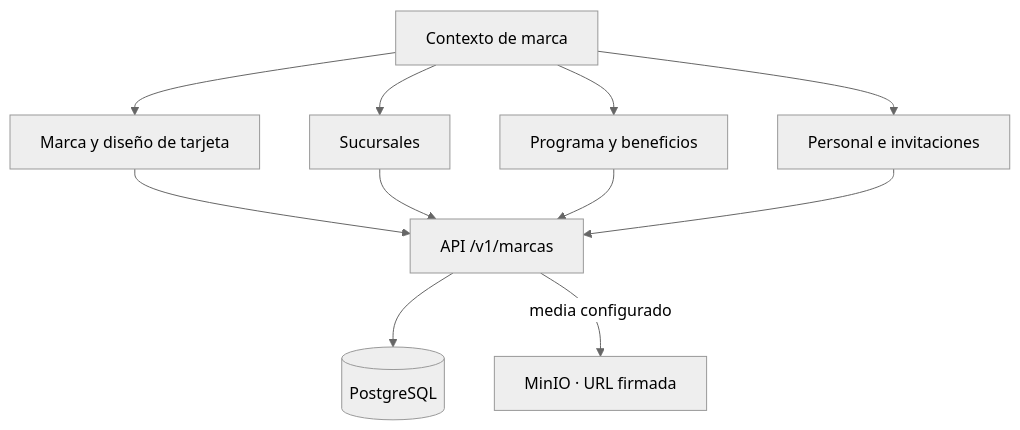
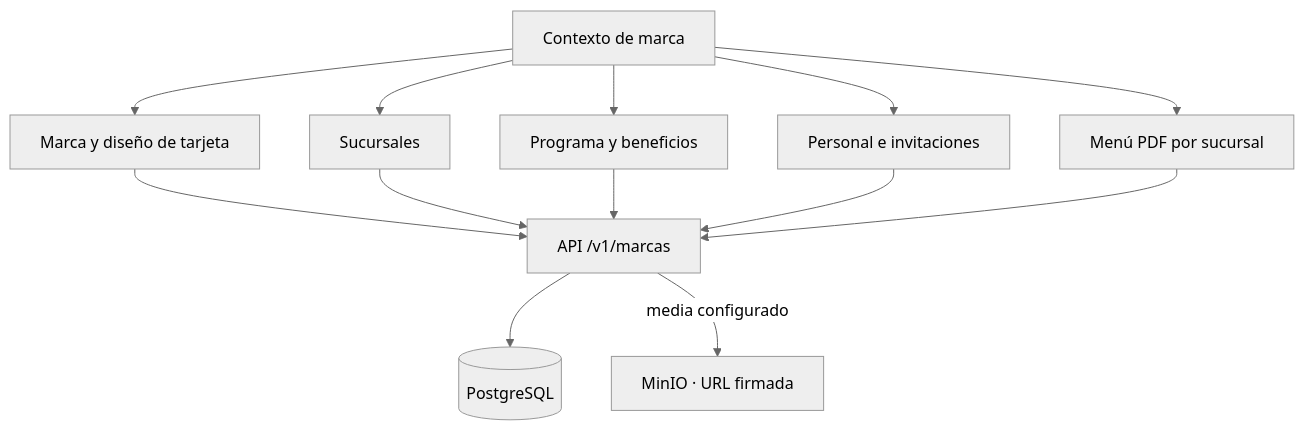
The diagram in docs/flows/14-merchant-profile.md (gagonzalez1/puntazo-docs), drawn with Mermaid (neutral theme) before and after one commit. The commit also changed other lines of this file and 16 other files, not shown here.

````diff
--- a/docs/flows/14-merchant-profile.md
+++ b/docs/flows/14-merchant-profile.md
@@ -17,13 +17,15 @@
 ```mermaid
 flowchart TD
  C[Contexto de marca] --> B[Marca y diseño de tarjeta]
  C --> S[Sucursales]
  C --> P[Programa y beneficios]
  C --> E[Personal e invitaciones]
+ C --> PDF[Menú PDF por sucursal]
  B --> API[API /v1/marcas]
  S --> API
  P --> API
  E --> API
+ PDF --> API
  API --> PG[(PostgreSQL)]
  API -->|media configurado| M[MinIO · URL firmada]
 ```
````
